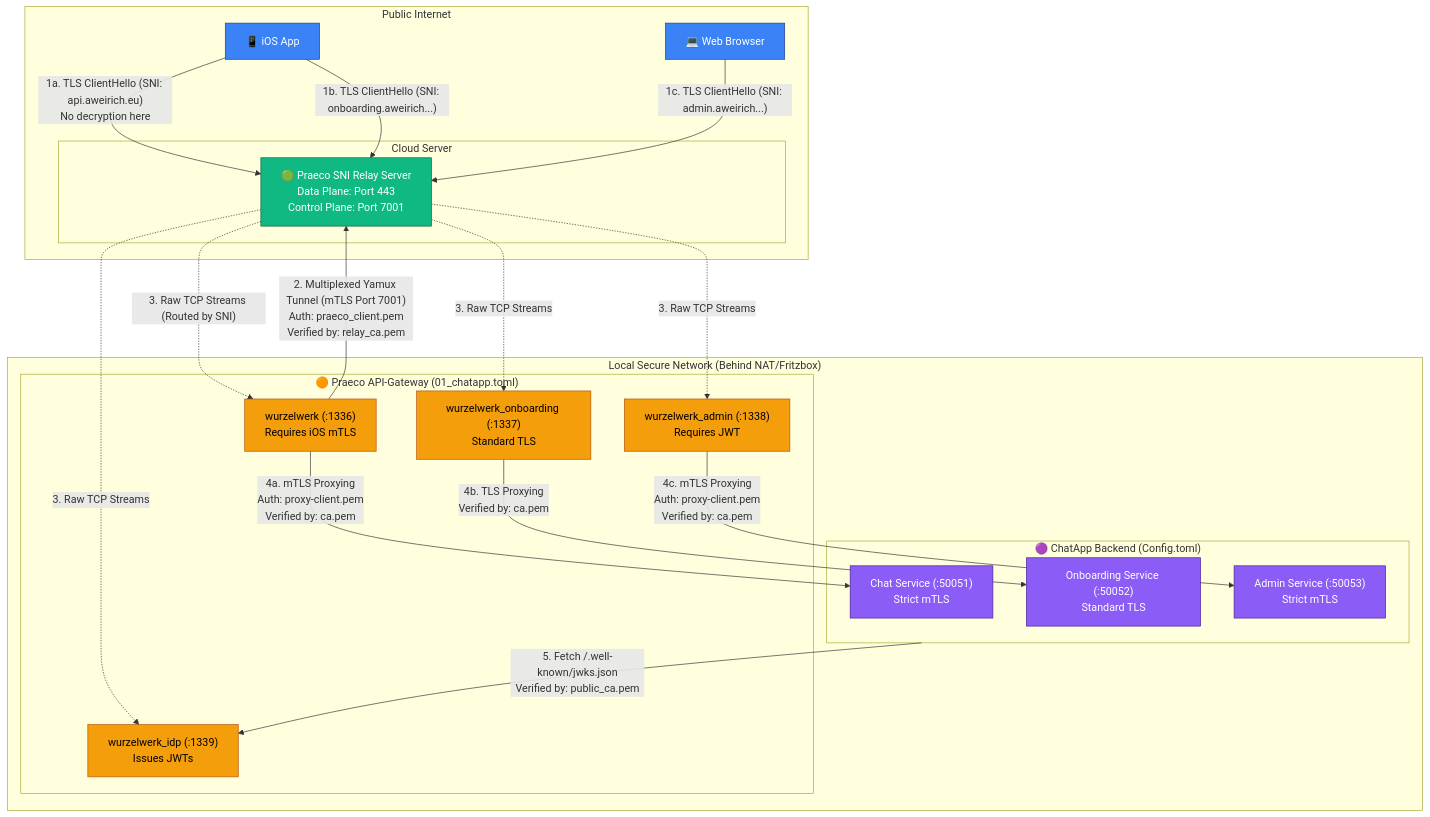
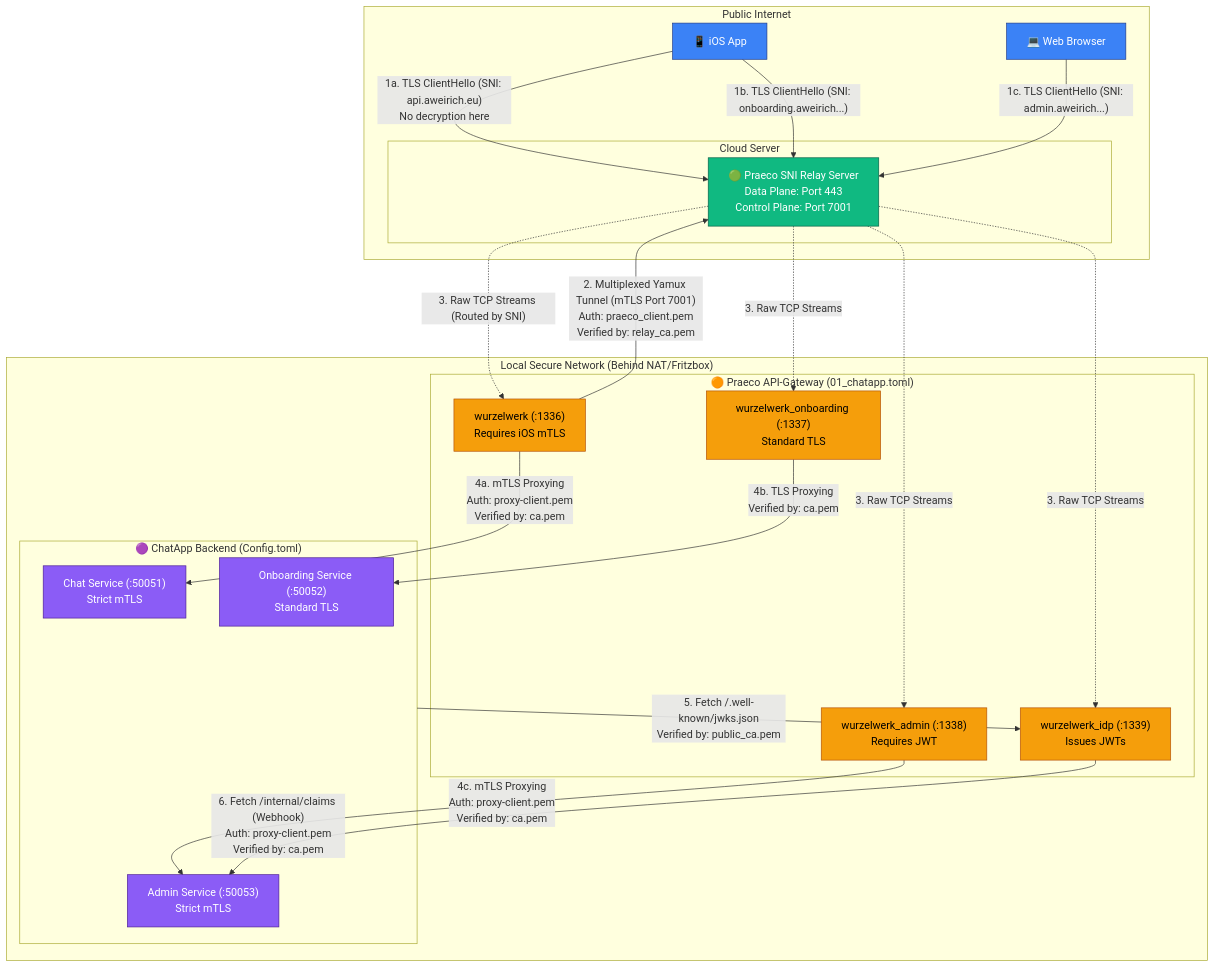
Before and after one commit to AlfredWeirich/praeco-rs: the diagram in certs.md, drawn with Mermaid. The commit also changed other lines of this file and 6 other files, not shown here.

First line of the commit message:
feat(idp): Implement claims webhook for dynamic role resolution

````diff
--- a/certs.md
+++ b/certs.md
@@ -79,54 +80,55 @@
 ```mermaid
 graph TD
     %% Define Styles
     classDef client fill:#3b82f6,stroke:#1e3a8a,color:#fff;
     classDef relay fill:#10b981,stroke:#065f46,color:#fff;
     classDef praeco fill:#f59e0b,stroke:#b45309,color:#000;
     classDef chatapp fill:#8b5cf6,stroke:#4c1d95,color:#fff;
 
     subgraph Internet ["Public Internet"]
         iOS["📱 iOS App"]:::client
         AdminWeb["💻 Web Browser"]:::client
         
         subgraph Cloud ["Cloud Server"]
             Relay["🟢 Praeco SNI Relay Server<br/>Data Plane: Port 443<br/>Control Plane: Port 7001"]:::relay
         end
     end
 
     subgraph LocalNet ["Local Secure Network (Behind NAT/Fritzbox)"]
         subgraph Praeco ["🟠 Praeco API-Gateway (01_chatapp.toml)"]
             Gateway["wurzelwerk (:1336)<br/>Requires iOS mTLS"]:::praeco
             Onboarding["wurzelwerk_onboarding (:1337)<br/>Standard TLS"]:::praeco
             Admin["wurzelwerk_admin (:1338)<br/>Requires JWT"]:::praeco
             IdP["wurzelwerk_idp (:1339)<br/>Issues JWTs"]:::praeco
         end
 
         subgraph ChatApp ["🟣 ChatApp Backend (Config.toml)"]
             ChatService["Chat Service (:50051)<br/>Strict mTLS"]:::chatapp
             OnboardingService["Onboarding Service (:50052)<br/>Standard TLS"]:::chatapp
             AdminService["Admin Service (:50053)<br/>Strict mTLS"]:::chatapp
         end
     end
 
     %% Data Plane (Inbound)
     iOS -- "1a. TLS ClientHello (SNI: api.aweirich.eu)<br/>No decryption here" --> Relay
     iOS -- "1b. TLS ClientHello (SNI: onboarding.aweirich...)" --> Relay
     AdminWeb -- "1c. TLS ClientHello (SNI: admin.aweirich...)" --> Relay
 
     %% Control Plane Tunnel (Outbound)
     Gateway -- "2. Multiplexed Yamux Tunnel (mTLS Port 7001)<br/>Auth: praeco_client.pem<br/>Verified by: relay_ca.pem" --> Relay
 
     %% Tunnel Routing (Inbound TCP)
     Relay -. "3. Raw TCP Streams (Routed by SNI)" .-> Gateway
     Relay -. "3. Raw TCP Streams" .-> Onboarding
     Relay -. "3. Raw TCP Streams" .-> Admin
     Relay -. "3. Raw TCP Streams" .-> IdP
 
     %% Internal Proxying
     Gateway -- "4a. mTLS Proxying<br/>Auth: proxy-client.pem<br/>Verified by: ca.pem" --> ChatService
     Onboarding -- "4b. TLS Proxying<br/>Verified by: ca.pem" --> OnboardingService
     Admin -- "4c. mTLS Proxying<br/>Auth: proxy-client.pem<br/>Verified by: ca.pem" --> AdminService
 
-    %% IdP JWKS Flow
+    %% IdP JWKS Flow & Webhook
     ChatApp -- "5. Fetch /.well-known/jwks.json<br/>Verified by: public_ca.pem" --> IdP
+    IdP -- "6. Fetch /internal/claims (Webhook)<br/>Auth: proxy-client.pem<br/>Verified by: ca.pem" --> AdminService
 ```
````
